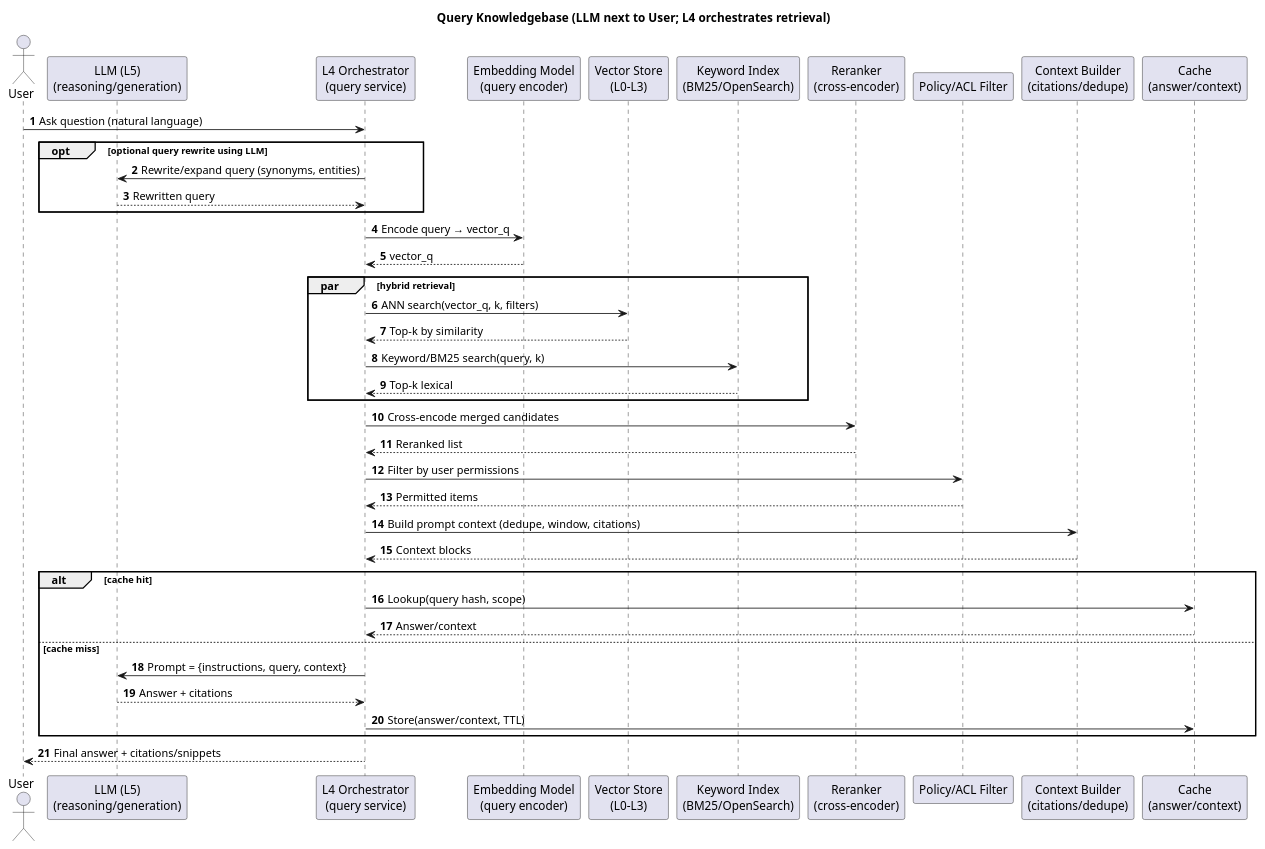
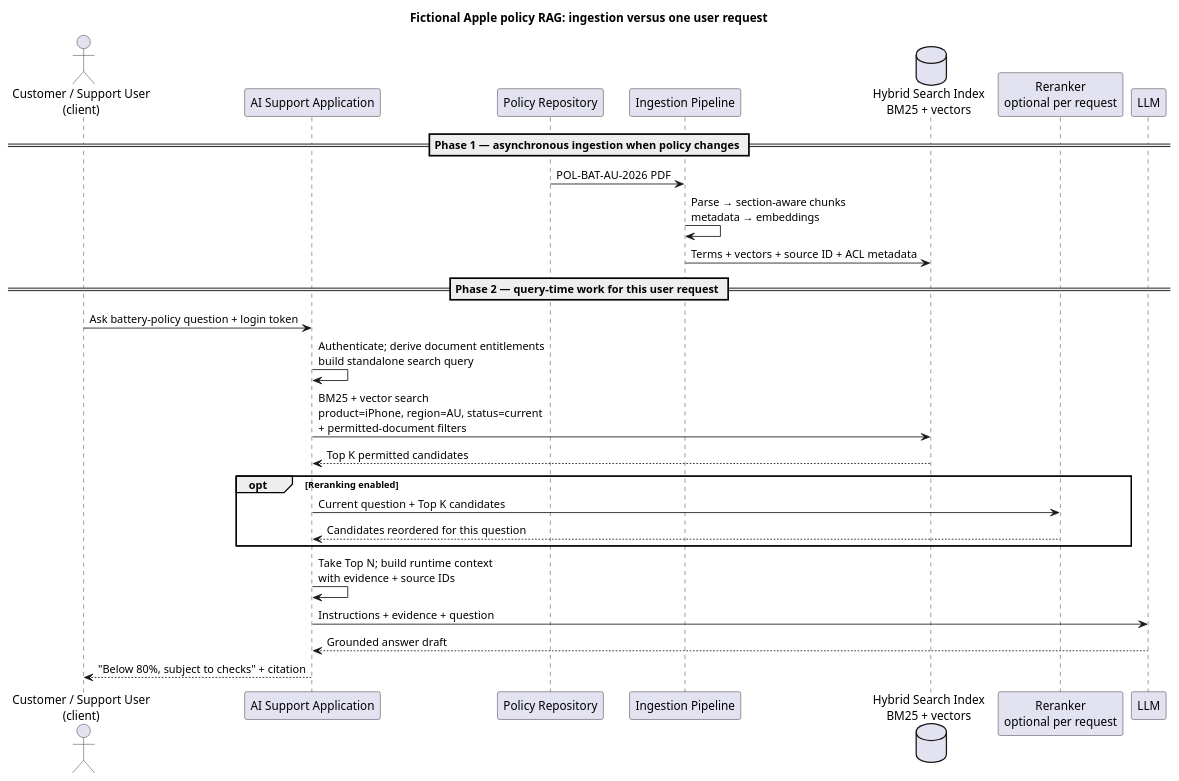
Before and after one commit to gLuColte/glucolte.github.io: the diagram in study/aiKnowledgebases.md, drawn with PlantUML. The commit also changed other lines of this file and 81 other files, not shown here.

```diff
--- a/study/aiKnowledgebases.md
+++ b/study/aiKnowledgebases.md
@@ -404,52 +66,31 @@
 @startuml
-title Query Knowledgebase (LLM next to User; L4 orchestrates retrieval)
+title Fictional Apple policy RAG: ingestion versus one user request
+actor "Customer / Support User\n(client)" as User
+participant "AI Support Application" as App
+participant "Policy Repository" as Docs
+participant "Ingestion Pipeline" as Ingest
+database "Hybrid Search Index\nBM25 + vectors" as Index
+participant "Reranker\noptional per request" as Reranker
+participant LLM
 
-autonumber
-actor User as U
-participant "LLM (L5)\n(reasoning/generation)" as LLM
-participant "L4 Orchestrator\n(query service)" as L4
-participant "Embedding Model\n(query encoder)" as EmbedQ
-participant "Vector Store\n(L0–L3)" as VS
-participant "Keyword Index\n(BM25/OpenSearch)" as KW
-participant "Reranker\n(cross-encoder)" as Rerank
-participant "Policy/ACL Filter" as ACL
-participant "Context Builder\n(citations/dedupe)" as Ctx
-participant "Cache\n(answer/context)" as Cache
+== Phase 1 — asynchronous ingestion when policy changes ==
+Docs -> Ingest: POL-BAT-AU-2026 PDF
+Ingest -> Ingest: Parse → section-aware chunks\nmetadata → embeddings
+Ingest -> Index: Terms + vectors + source ID + ACL metadata
 
-U -> L4: Ask question (natural language)
+== Phase 2 — query-time work for this user request ==
+User -> App: Ask battery-policy question + login token
+App -> App: Authenticate; derive document entitlements\nbuild standalone search query
+App -> Index: BM25 + vector search\nproduct=iPhone, region=AU, status=current\n+ permitted-document filters
+Index --> App: Top K permitted candidates
 
-opt optional query rewrite using LLM
-  L4 -> LLM: Rewrite/expand query (synonyms, entities)
-  LLM --> L4: Rewritten query
+opt Reranking enabled
+  App -> Reranker: Current question + Top K candidates
+  Reranker --> App: Candidates reordered for this question
 end
 
-L4 -> EmbedQ: Encode query → vector_q
-EmbedQ --> L4: vector_q
-
-par hybrid retrieval
-  L4 -> VS: ANN search(vector_q, k, filters)
-  VS --> L4: Top-k by similarity
-  L4 -> KW: Keyword/BM25 search(query, k)
-  KW --> L4: Top-k lexical
-end
-
-L4 -> Rerank: Cross-encode merged candidates
-Rerank --> L4: Reranked list
-
-L4 -> ACL: Filter by user permissions
-ACL --> L4: Permitted items
-
-L4 -> Ctx: Build prompt context (dedupe, window, citations)
-Ctx --> L4: Context blocks
-
-alt cache hit
-  L4 -> Cache: Lookup(query hash, scope)
-  Cache --> L4: Answer/context
-else cache miss
-  L4 -> LLM: Prompt = {instructions, query, context}
-  LLM --> L4: Answer + citations
-  L4 -> Cache: Store(answer/context, TTL)
-end
-
-L4 --> U: Final answer + citations/snippets
+App -> App: Take Top N; build runtime context\nwith evidence + source IDs
+App -> LLM: Instructions + evidence + question
+LLM --> App: Grounded answer draft
+App --> User: "Below 80%, subject to checks" + citation
 @enduml
```
